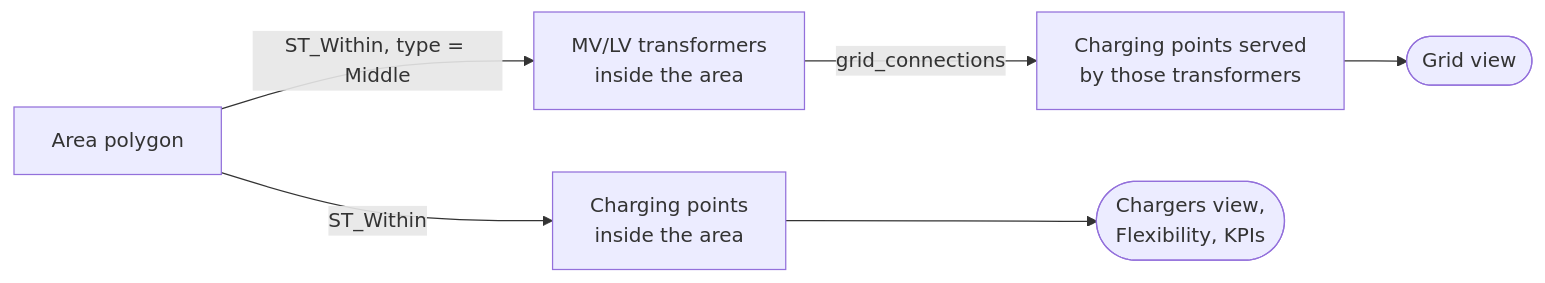
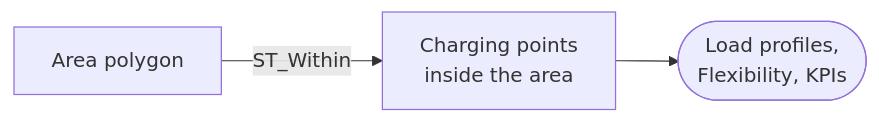
Before and after one commit to StavrosOrf/EPIOT: the second of 2 diagrams in docs/user-guide/areas.md, drawn with Mermaid. The commit also changed other lines of this file and 29 other files, not shown here.

First line of the commit message:
Add comprehensive tests for group actions, KPI UI, and scenario charts

````diff
--- a/docs/user-guide/areas.md
+++ b/docs/user-guide/areas.md
@@ -85,8 +85,5 @@
 ```{mermaid}
 flowchart LR
     P[Area polygon] -->|ST_Within| CP[Charging points<br/>inside the area]
-    P -->|ST_Within, type = Middle| TR[MV/LV transformers<br/>inside the area]
-    TR -->|grid_connections| GCP[Charging points served<br/>by those transformers]
-    CP --> V1([Chargers view,<br/>Flexibility, KPIs])
-    GCP --> V2([Grid view])
+    CP --> V([Load profiles,<br/>Flexibility, KPIs])
 ```
````
